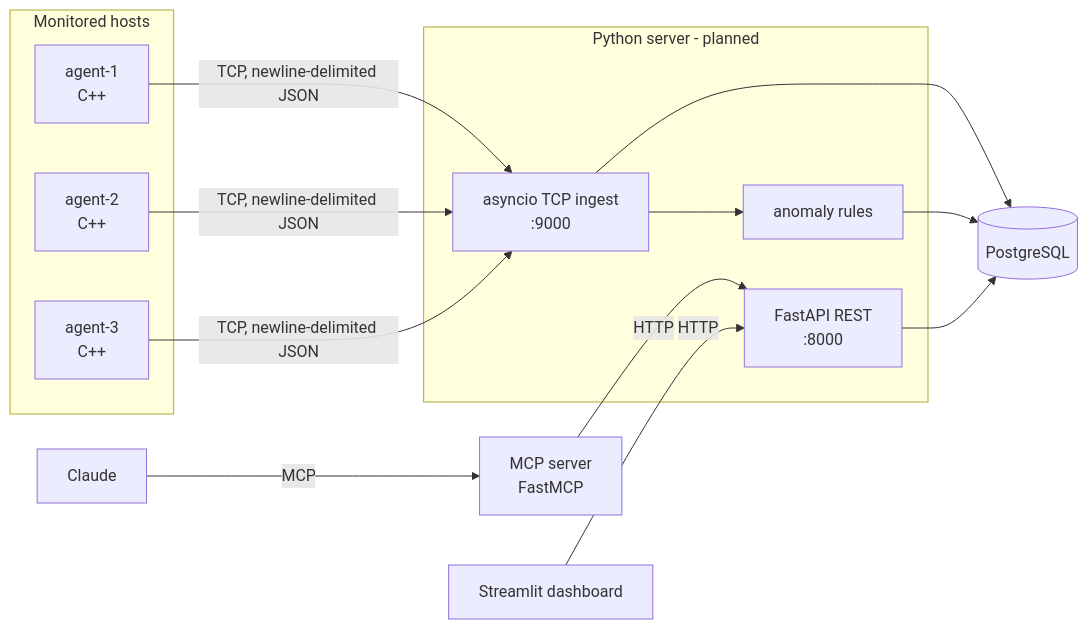
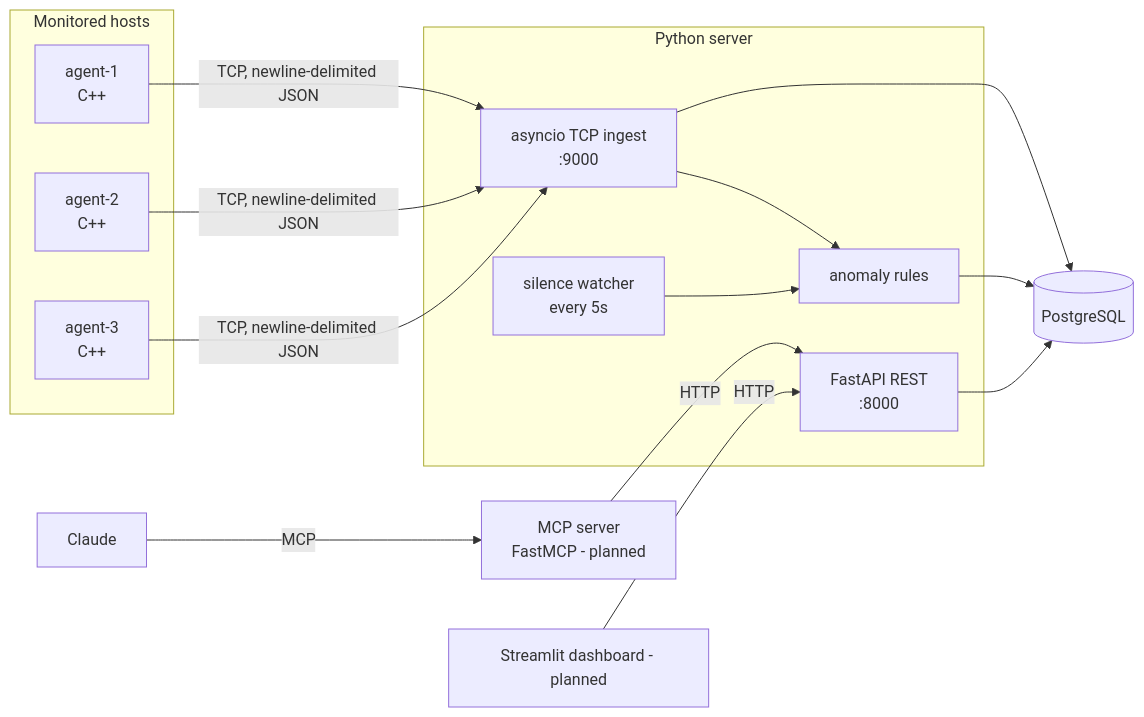
The first of 4 diagrams in docs/architecture.md (shuvat/syspulse), drawn with Mermaid before and after one commit. The commit also changed other lines of this file and 3 other files, not shown here.

````diff
--- a/docs/architecture.md
+++ b/docs/architecture.md
@@ -11,27 +11,29 @@
 ```mermaid
 flowchart LR
     subgraph hosts[Monitored hosts]
         A1[agent-1<br/>C++]
         A2[agent-2<br/>C++]
         A3[agent-3<br/>C++]
     end
 
-    subgraph server[Python server - planned]
+    subgraph server[Python server]
         I[asyncio TCP ingest<br/>:9000]
         API[FastAPI REST<br/>:8000]
         AN[anomaly rules]
+        W[silence watcher<br/>every 5s]
     end
 
     DB[(PostgreSQL)]
-    MCP[MCP server<br/>FastMCP]
-    DASH[Streamlit dashboard]
+    MCP[MCP server<br/>FastMCP - planned]
+    DASH[Streamlit dashboard - planned]
     LLM[Claude]
 
     A1 & A2 & A3 -- "TCP, newline-delimited JSON" --> I
     I --> DB
     I --> AN --> DB
+    W --> AN
     API --> DB
     MCP -- HTTP --> API
     DASH -- HTTP --> API
     LLM -- MCP --> MCP
 ```
````
